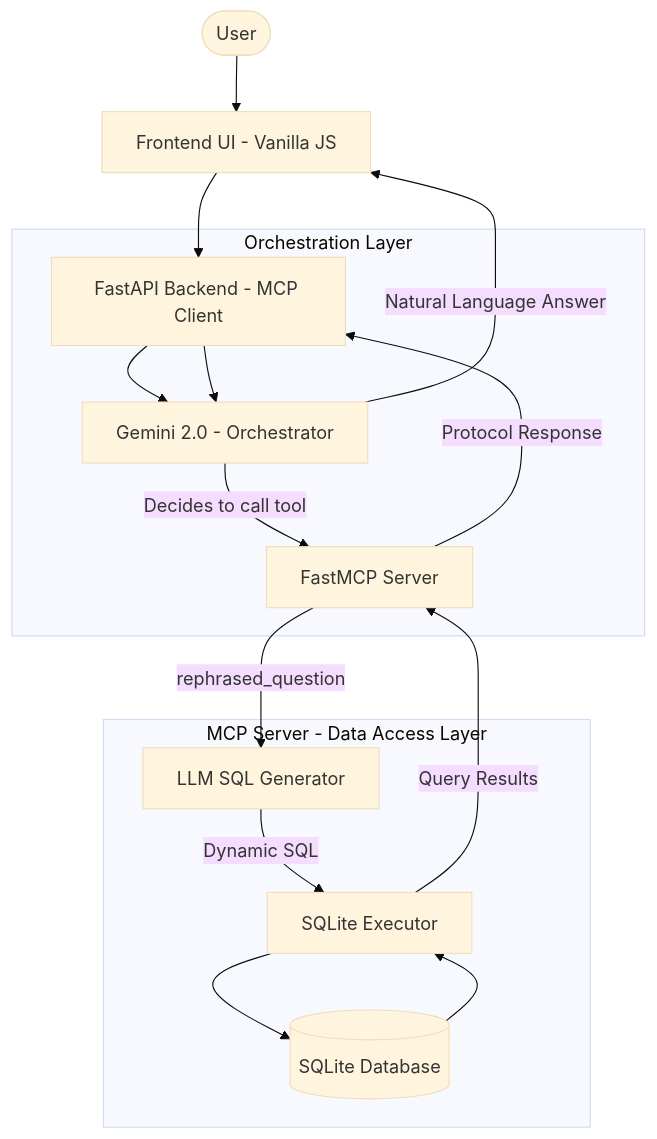
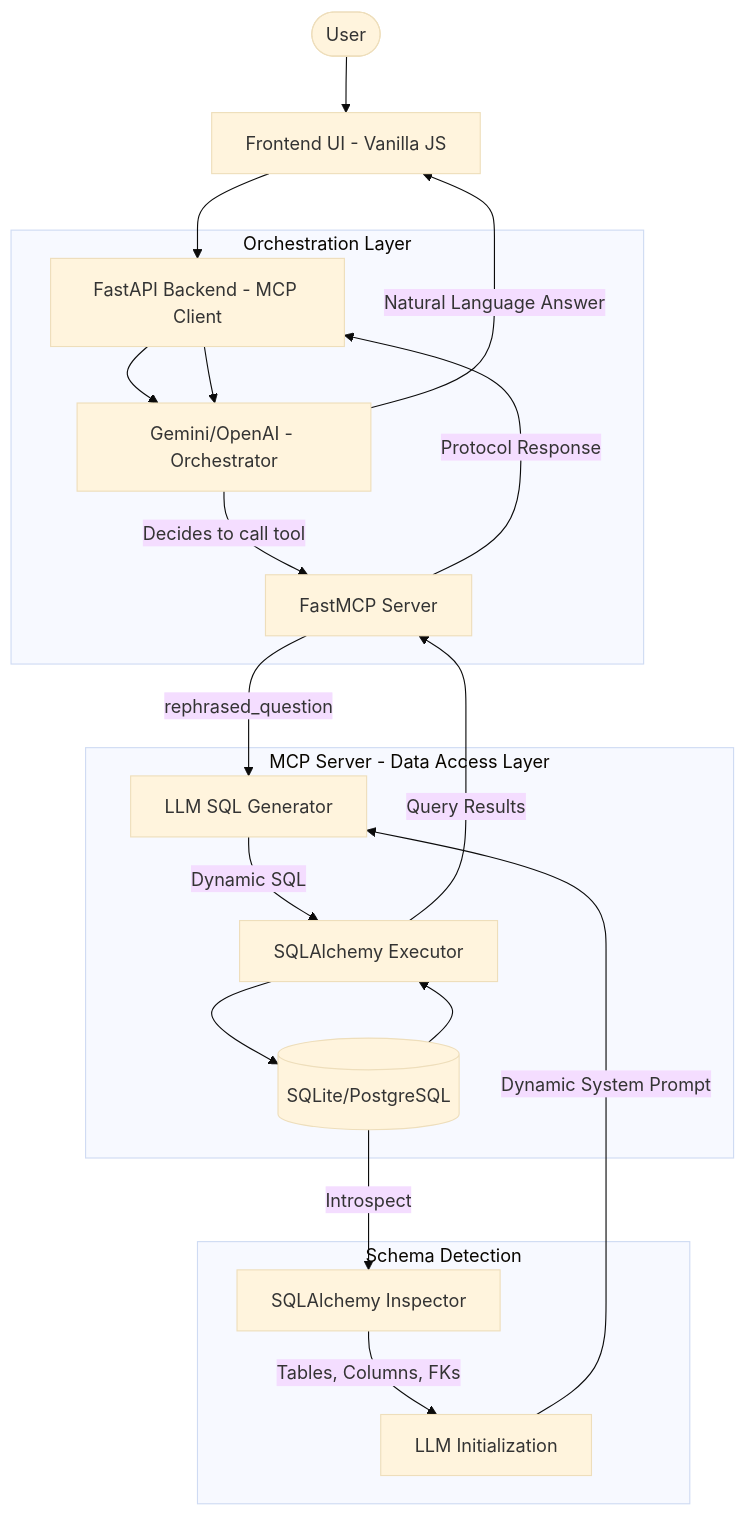
The second of 4 diagrams in ARCHITECTURE.md (wojkos/test-dynamic-sql), drawn with Mermaid (base theme) before and after one commit. The commit also changed other lines of this file and 2 other files, not shown here.

````diff
--- a/ARCHITECTURE.md
+++ b/ARCHITECTURE.md
@@ -43,22 +44,28 @@
 ```mermaid
 graph TD
     User([User]) --> Frontend[Frontend UI - Vanilla JS]
     Frontend --> BackendClient[FastAPI Backend - MCP Client]
     
     subgraph "Orchestration Layer"
-        BackendClient --> GeminiOrch[Gemini 2.0 - Orchestrator]
+        BackendClient --> GeminiOrch[Gemini/OpenAI - Orchestrator]
         GeminiOrch -- "Decides to call tool" --> MCPServer[FastMCP Server]
     end
     
     subgraph "MCP Server - Data Access Layer"
         MCPServer -- "rephrased_question" --> SQLGen[LLM SQL Generator]
-        SQLGen -- "Dynamic SQL" --> DBExec[SQLite Executor]
-        DBExec --> Database[(SQLite Database)]
+        SQLGen -- "Dynamic SQL" --> DBExec[SQLAlchemy Executor]
+        DBExec --> Database[(SQLite/PostgreSQL)]
+    end
+    
+    subgraph "Schema Detection"
+        Database -- "Introspect" --> SchemaDetector[SQLAlchemy Inspector]
+        SchemaDetector -- "Tables, Columns, FKs" --> LLMInit[LLM Initialization]
+        LLMInit -- "Dynamic System Prompt" --> SQLGen
     end
     
     Database --> DBExec
     DBExec -- "Query Results" --> MCPServer
     MCPServer -- "Protocol Response" --> BackendClient
     BackendClient --> GeminiOrch
     GeminiOrch -- "Natural Language Answer" --> Frontend
 ```
````
